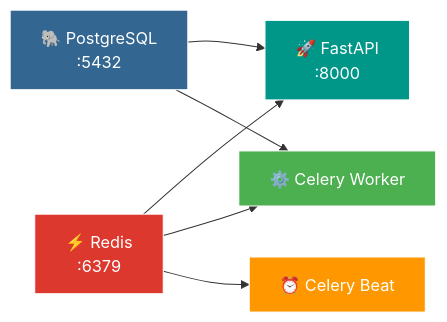
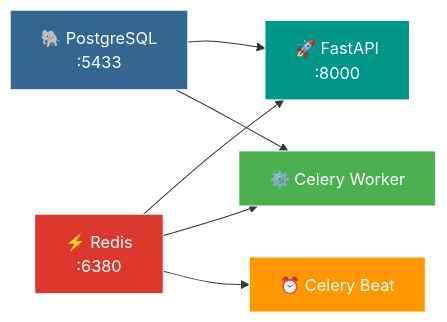
Before and after one commit to soneylegal/moody: the third of 5 diagrams in README.md, drawn with Mermaid. The commit also changed other lines of this file and 2 other files, not shown here.

````diff
--- a/README.md
+++ b/README.md
@@ -238,20 +238,20 @@
 ```mermaid
 graph LR
-    PG["🐘 PostgreSQL<br/>:5432"]
-    RD["⚡ Redis<br/>:6379"]
+    PG["🐘 PostgreSQL<br/>:5433"]
+    RD["⚡ Redis<br/>:6380"]
     API["🚀 FastAPI<br/>:8000"]
     CW["⚙️ Celery Worker"]
     CB["⏰ Celery Beat"]
 
     PG --> API
     RD --> API
     RD --> CW
     RD --> CB
     PG --> CW
 
     style PG fill:#336791,stroke:#fff,color:#fff
     style RD fill:#DC382D,stroke:#fff,color:#fff
     style API fill:#009688,stroke:#fff,color:#fff
     style CW fill:#4CAF50,stroke:#fff,color:#fff
     style CB fill:#FF9800,stroke:#fff,color:#fff
 ```
````
